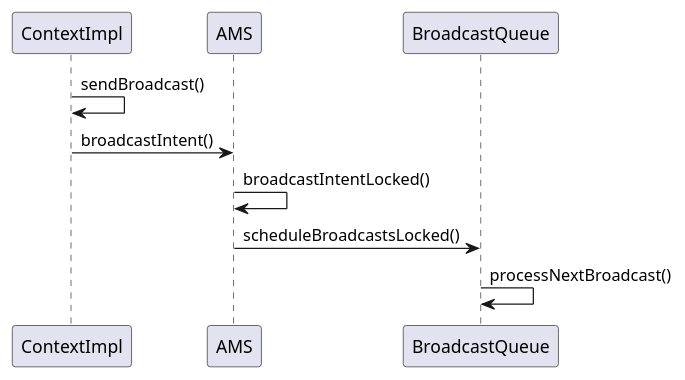
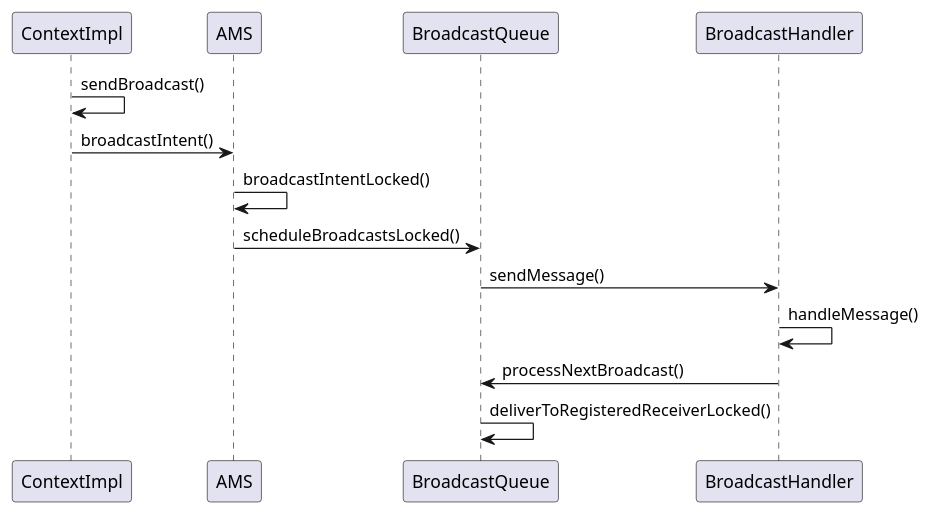
One commit to createtoohard/ams changed the second of 2 diagrams in Broadcast.md. Above: the diagram before and after it, drawn with PlantUML. The commit also changed other lines of this file, not shown here.

Commit message:
append Broadcast

````diff
--- a/Broadcast.md
+++ b/Broadcast.md
@@ -12,7 +310,10 @@
 ```puml
 ContextImpl -> ContextImpl : sendBroadcast()
 ContextImpl -> AMS : broadcastIntent()
 AMS -> AMS : broadcastIntentLocked()
 AMS -> BroadcastQueue : scheduleBroadcastsLocked()
-BroadcastQueue -> BroadcastQueue : processNextBroadcast()
+BroadcastQueue -> BroadcastHandler : sendMessage()
+BroadcastHandler -> BroadcastHandler : handleMessage()
+BroadcastHandler -> BroadcastQueue : processNextBroadcast()
+BroadcastQueue -> BroadcastQueue : deliverToRegisteredReceiverLocked()
 ```
````
